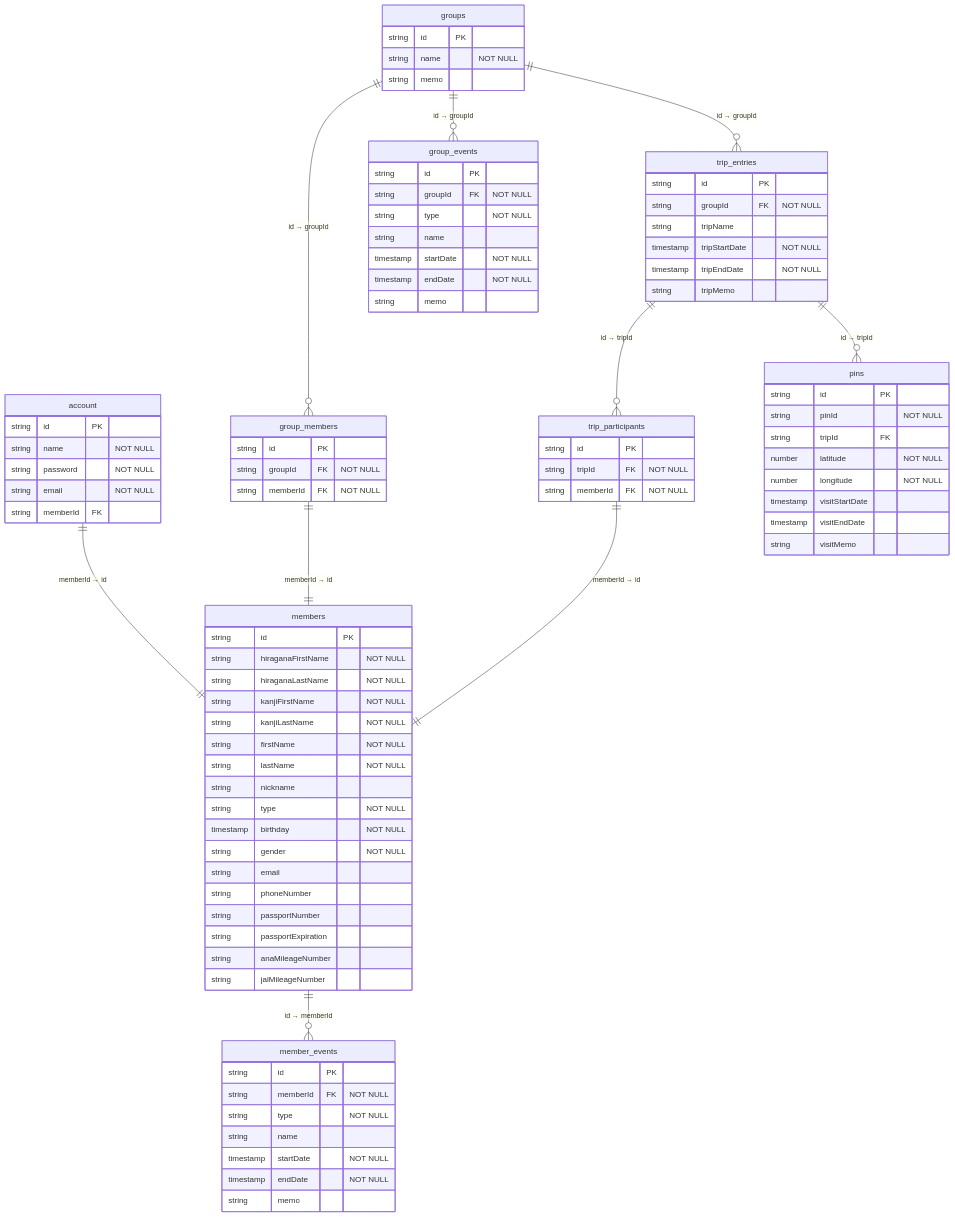
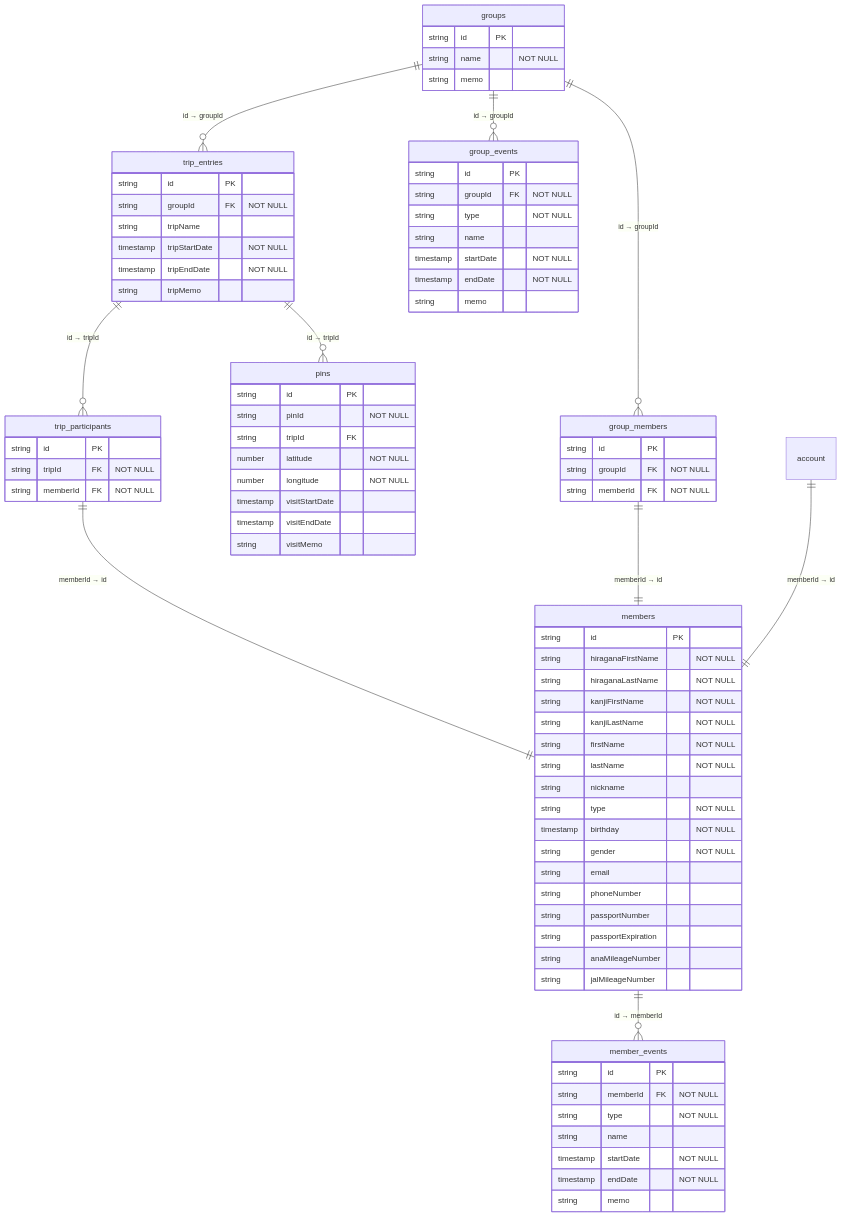
One commit to taka-016/memora changed the diagram in doc/er_diagram.md. Above: the diagram before and after it, drawn with Mermaid. The commit also changed 7 other files, not shown here.

````diff
--- a/doc/er_diagram.md
+++ b/doc/er_diagram.md
@@ -3,12 +3,5 @@
 ```mermaid
 erDiagram
-    account {
-        string id PK
-        string name "NOT NULL"
-        string password "NOT NULL"
-        string email "NOT NULL"
-        string memberId FK
-    }
     trip_entries {
         string id PK
         string groupId FK "NOT NULL"
````
